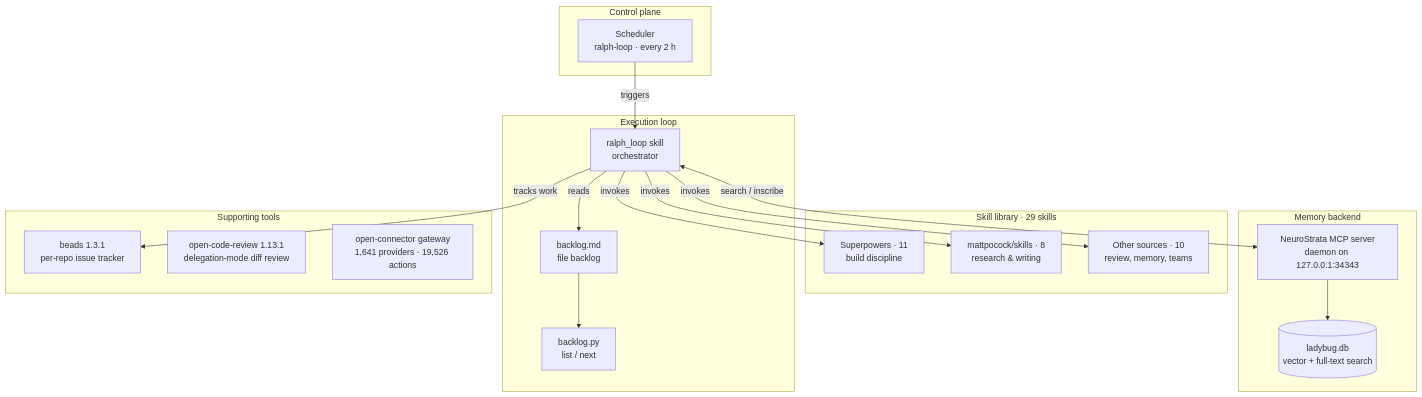
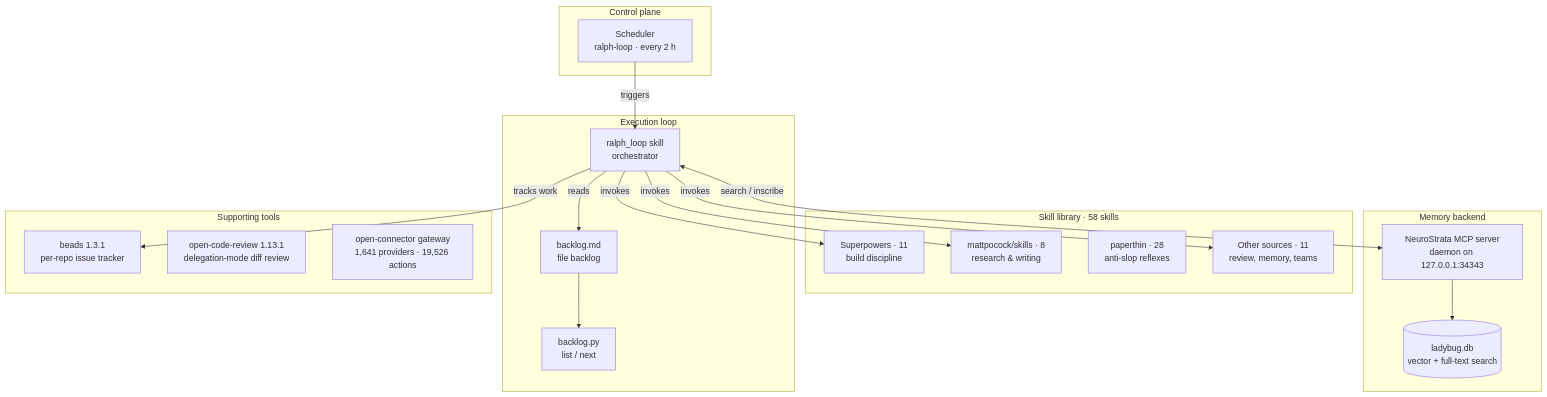
The first of 2 diagrams in README.md (pratik-saptarshi/autonomous-engineering-platform), drawn with Mermaid before and after one commit. The commit also changed other lines of this file and 2 other files, not shown here.

Commit message:
docs: add paperthin skill catalog and ecosystem inventory (#8)
Vendor the 28 LilMGenius/paperthin skills (MIT, pinned to 7d5dc62) into the
skill library inventory: new docs/paperthin-skills.md catalog (grouped by
depth/breadth/coil/mesh with invocation classes), README skill-sources
table row, ecosystem diagram and inventory count (29 -> 57 skills, 12
upstream sources).

````diff
--- a/README.md
+++ b/README.md
@@ -7,34 +7,35 @@
 ```mermaid
 graph TB
     subgraph Control["Control plane"]
         CRON["Scheduler<br/>ralph-loop · every 2 h"]
     end
     subgraph Loop["Execution loop"]
         BL["backlog.md<br/>file backlog"]
         RL["ralph_loop skill<br/>orchestrator"]
         PY["backlog.py<br/>list / next"]
     end
-    subgraph Skills["Skill library · 29 skills"]
+    subgraph Skills["Skill library · 58 skills"]
         SP["Superpowers · 11<br/>build discipline"]
         MP["mattpocock/skills · 8<br/>research & writing"]
-        OT["Other sources · 10<br/>review, memory, teams"]
+        PT["paperthin · 28<br/>anti-slop reflexes"]
+        OT["Other sources · 11<br/>review, memory, teams"]
     end
     subgraph Memory["Memory backend"]
         NS["NeuroStrata MCP server<br/>daemon on 127.0.0.1:34343"]
         DB[("ladybug.db<br/>vector + full-text search")]
     end
     subgraph Tools["Supporting tools"]
         BD["beads 1.3.1<br/>per-repo issue tracker"]
         OCR["open-code-review 1.13.1<br/>delegation-mode diff review"]
         OC["open-connector gateway<br/>1,641 providers · 19,526 actions"]
     end
     CRON -->|"triggers"| RL
     RL -->|"reads"| BL
     BL --> PY
     RL -->|"invokes"| SP
     RL -->|"invokes"| MP
     RL -->|"invokes"| OT
     RL <-->|"search / inscribe"| NS
     NS --> DB
     RL -->|"tracks work"| BD
 ```
````
